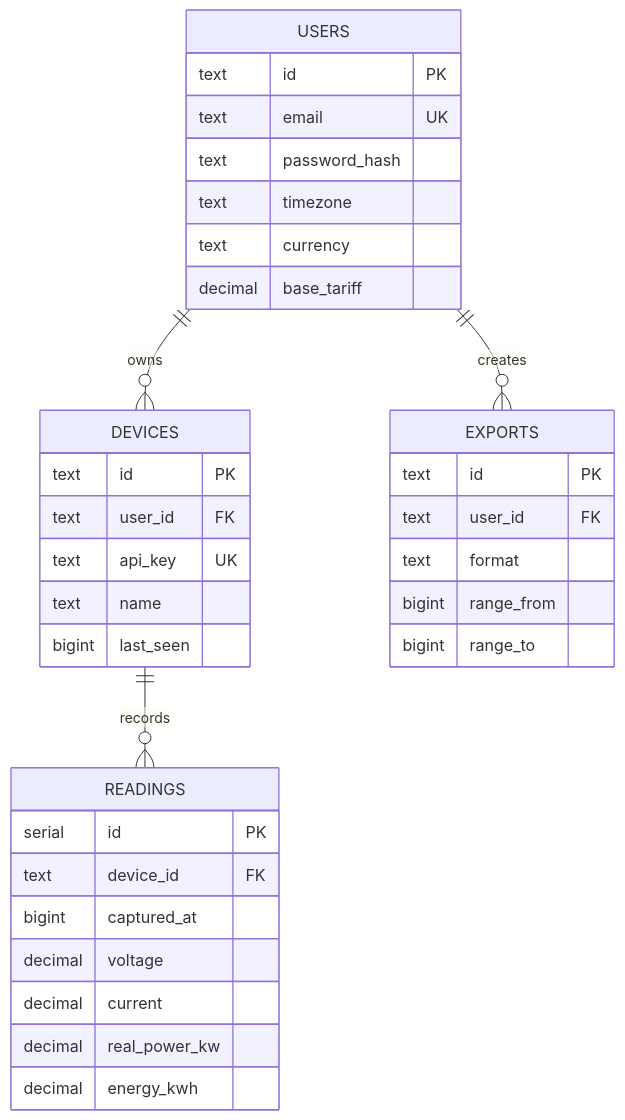
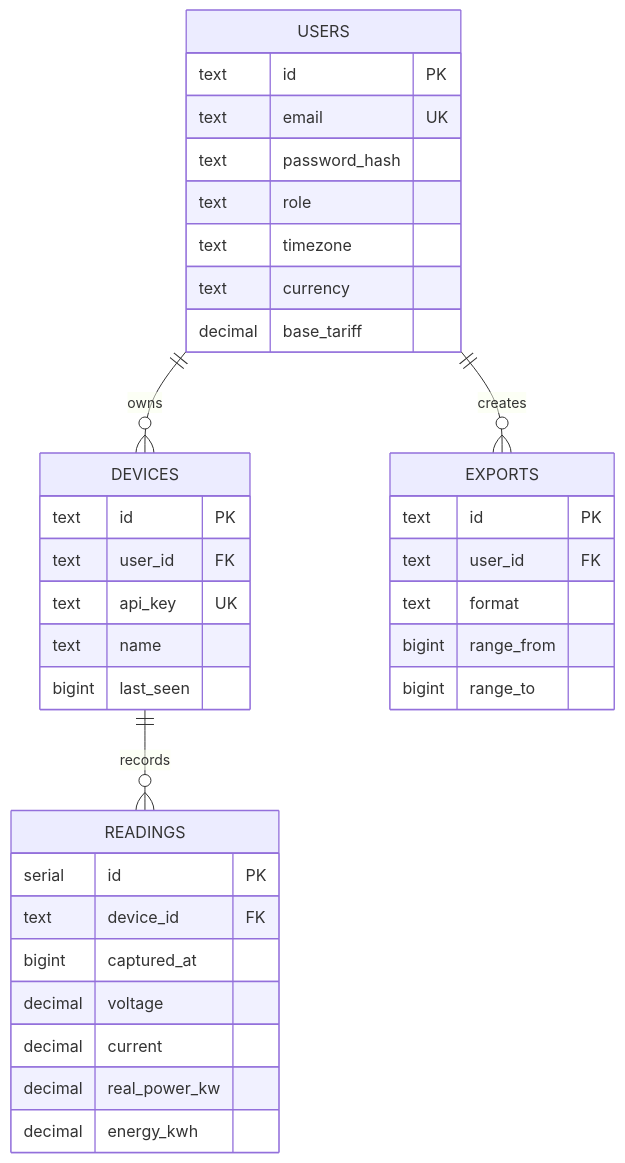
One commit to Agnibha-31/IoT-based-Smart-Energy-Meter changed the third of 4 diagrams in README.md. Above: the diagram before and after it, drawn with Mermaid. The commit also changed other lines of this file, not shown here.

````diff
--- a/README.md
+++ b/README.md
@@ -514,38 +749,39 @@
 ```mermaid
 erDiagram
     USERS ||--o{ DEVICES : owns
     USERS ||--o{ EXPORTS : creates
     DEVICES ||--o{ READINGS : records
 
     USERS {
         text id PK
         text email UK
         text password_hash
+        text role
         text timezone
         text currency
         decimal base_tariff
     }
     DEVICES {
         text id PK
         text user_id FK
         text api_key UK
         text name
         bigint last_seen
     }
     READINGS {
         serial id PK
         text device_id FK
         bigint captured_at
         decimal voltage
         decimal current
         decimal real_power_kw
         decimal energy_kwh
     }
     EXPORTS {
         text id PK
         text user_id FK
         text format
         bigint range_from
         bigint range_to
     }
 ```
````
